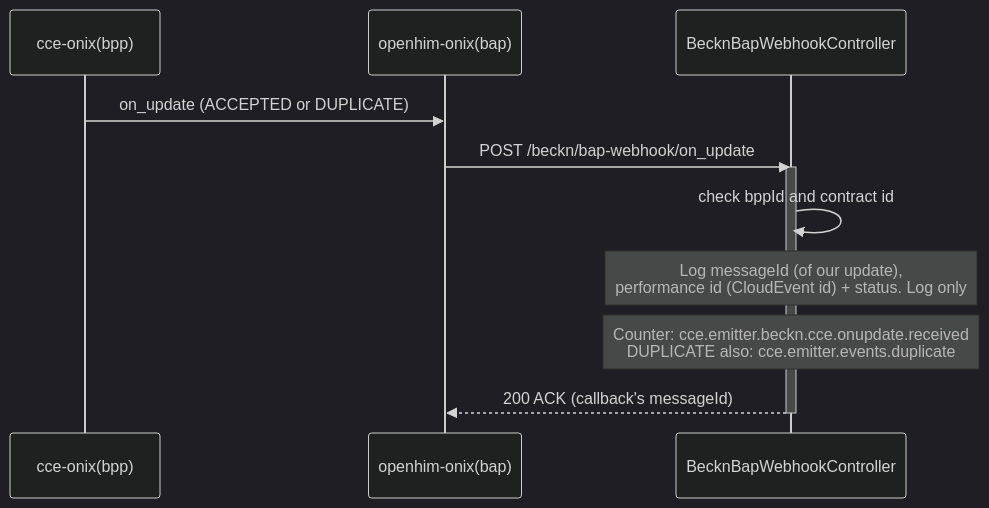
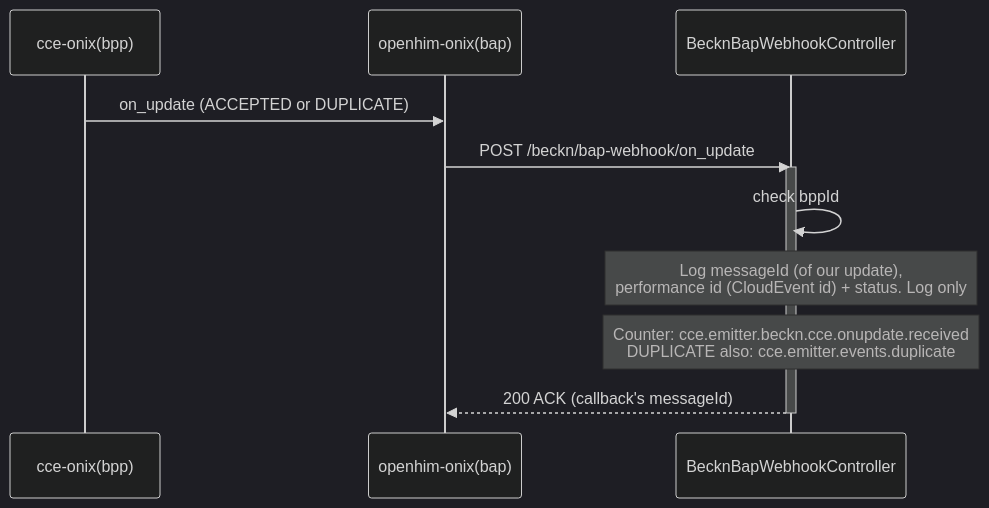
Before and after one commit to openphc/openhim-cce-emitter-adaptor: diagram 12 of 12 in docs/flow-diagrams.md, drawn with Mermaid (dark theme). The commit also changed other lines of this file and 17 other files, not shown here.

````diff
--- a/docs/flow-diagrams.md
+++ b/docs/flow-diagrams.md
@@ -471,15 +471,15 @@
 ```mermaid
 sequenceDiagram
     participant CCE as cce-onix(bpp)
     participant BAP as openhim-onix(bap)
     participant CB as BecknBapWebhookController
 
     CCE->>BAP: on_update (ACCEPTED or DUPLICATE)
     BAP->>CB: POST /beckn/bap-webhook/on_update
     activate CB
-    CB->>CB: check bppId and contract id
+    CB->>CB: check bppId
     Note over CB: Log messageId (of our update),<br/>performance id (CloudEvent id) + status. Log only
     Note over CB: Counter: cce.emitter.beckn.cce.onupdate.received<br/>DUPLICATE also: cce.emitter.events.duplicate
     CB-->>BAP: 200 ACK (callback's messageId)
     deactivate CB
 ```
````
